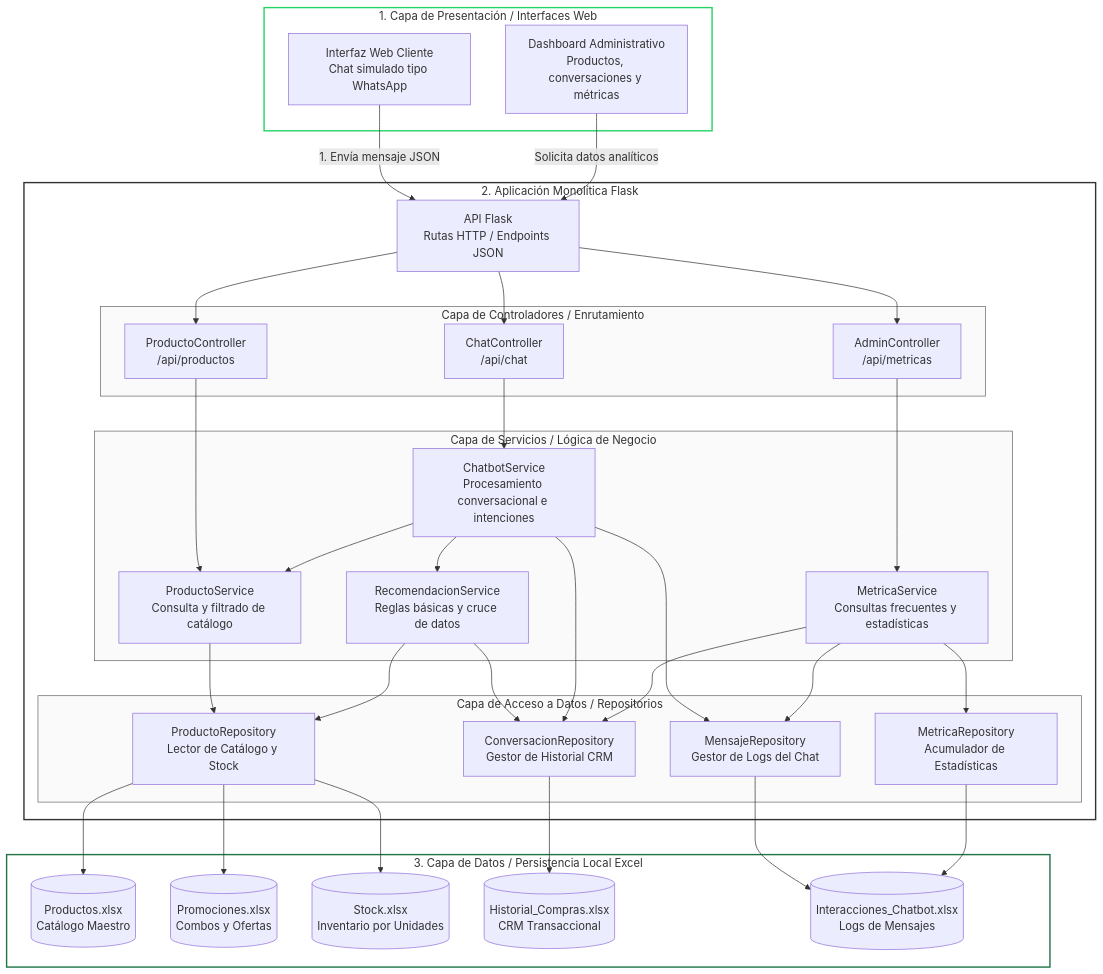
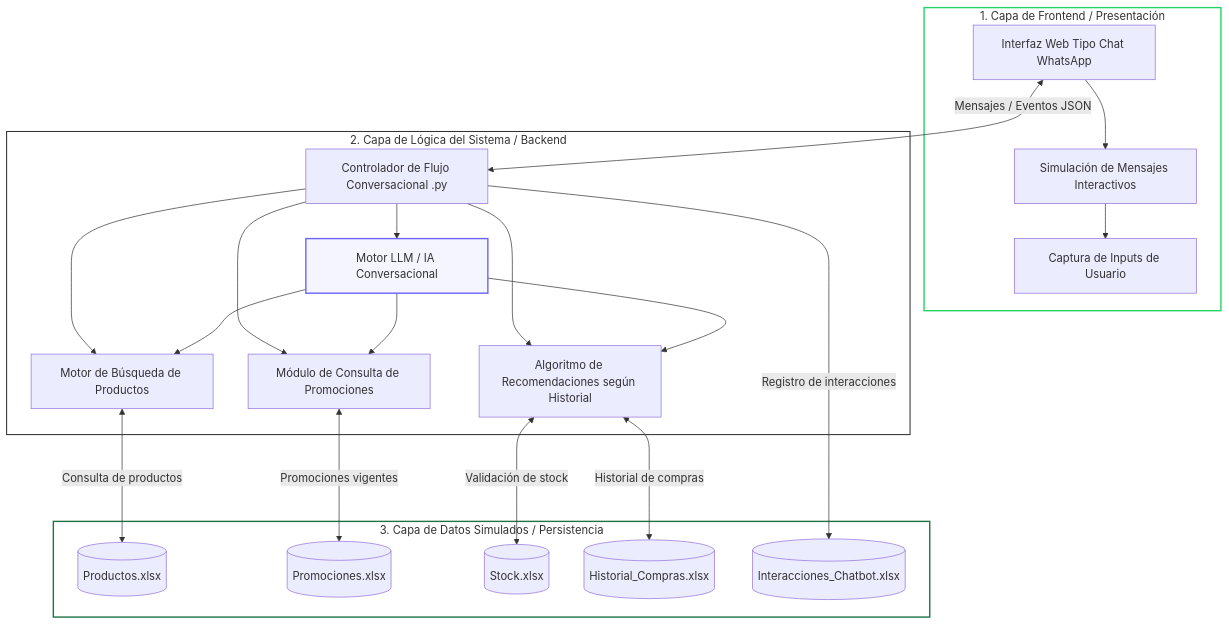
Before and after one commit to JH-Compan/Tambo-IA-Shopping-Assistant: the first of 2 diagrams in docs/arquitectura/arquitectura-base.md, drawn with Mermaid. The commit also changed other lines of this file, not shown here.

````diff
--- a/docs/arquitectura/arquitectura-base.md
+++ b/docs/arquitectura/arquitectura-base.md
@@ -108,98 +108,46 @@
 ```mermaid
 graph TD
-    %% ==========================================
-    %% CAPA DE PRESENTACIÓN
-    %% ==========================================
-    subgraph Frontend [1. Capa de Presentación / Interfaces Web]
-        A[Interfaz Web Cliente<br/>Chat simulado tipo WhatsApp]
-        B[Dashboard Administrativo<br/>Productos, conversaciones y métricas]
+    subgraph Capa_Presentacion [1. Capa de Frontend / Presentación]
+        A[Interfaz Web Tipo Chat WhatsApp] --> B[Simulación de Mensajes Interactivos]
+        B --> C[Captura de Inputs de Usuario]
     end
 
-    %% ==========================================
-    %% BACKEND MONOLÍTICO FLASK
-    %% ==========================================
-    subgraph Backend [2. Aplicación Monolítica Flask]
-        C[API Flask<br/>Rutas HTTP / Endpoints JSON]
+    subgraph Capa_Logica [2. Capa de Lógica del Sistema / Backend]
+        D[Controlador de Flujo Conversacional .py]
 
-        subgraph Controladores [Capa de Controladores / Enrutamiento]
-            D[ChatController<br/>/api/chat]
-            E[AdminController<br/>/api/metricas]
-            F[ProductoController<br/>/api/productos]
-        end
+        D --> E[Motor de Búsqueda de Productos]
+        D --> F[Módulo de Consulta de Promociones]
+        D --> G[Algoritmo de Recomendaciones según Historial]
 
-        subgraph Servicios [Capa de Servicios / Lógica de Negocio]
-            G[ChatbotService<br/>Procesamiento conversacional e intenciones]
-            H[ProductoService<br/>Consulta y filtrado de catálogo]
-            I[RecomendacionService<br/>Reglas básicas y cruce de datos]
-            J[MetricaService<br/>Consultas frecuentes y estadísticas]
-        end
+        D --> M[Motor LLM / IA Conversacional]
 
-        subgraph Repositorios [Capa de Acceso a Datos / Repositorios]
-            K[ProductoRepository<br/>Lector de Catálogo y Stock]
-            L[ConversacionRepository<br/>Gestor de Historial CRM]
-            M[MensajeRepository<br/>Gestor de Logs del Chat]
-            N[MetricaRepository<br/>Acumulador de Estadísticas]
-        end
+        M --> G
+        M --> E
+        M --> F
     end
 
-    %% ==========================================
-    %% CAPA DE PERSISTENCIA
-    %% ==========================================
-    subgraph Persistencia [3. Capa de Datos / Persistencia Local Excel]
-        O[(Productos.xlsx<br/>Catálogo Maestro)]
-        P[(Promociones.xlsx<br/>Combos y Ofertas)]
-        Q[(Stock.xlsx<br/>Inventario por Unidades)]
-        R[(Historial_Compras.xlsx<br/>CRM Transaccional)]
-        S[(Interacciones_Chatbot.xlsx<br/>Logs de Mensajes)]
+    subgraph Capa_Datos [3. Capa de Datos Simulados / Persistencia]
+        H[(Productos.xlsx)]
+        I[(Promociones.xlsx)]
+        J[(Stock.xlsx)]
+        K[(Historial_Compras.xlsx)]
+        L[(Interacciones_Chatbot.xlsx)]
     end
 
-    %% ==========================================
-    %% FLUJOS DE COMUNICACIÓN Y DEPENDENCIAS
-    %% ==========================================
+    %% Conexiones
+    A <-->|Mensajes / Eventos JSON| D
 
-    %% Del Frontend a la API
-    A -->|1. Envía mensaje JSON| C
-    B -->|Solicita datos analíticos| C
+    E <--->|Consulta de productos| H
+    F <--->|Promociones vigentes| I
+    G <--->|Historial de compras| K
+    G <--->|Validación de stock| J
 
-    %% De la API a los Controladores
-    C --> D
-    C --> E
-    C --> F
+    D --->|Registro de interacciones| L
 
-    %% De los Controladores a los Servicios
-    D --> G
-    E --> J
-    F --> H
+    %% Estilos
+    style Capa_Presentacion fill:#ffffff,stroke:#25D366,stroke-width:2px
+    style Capa_Logica fill:#ffffff,stroke:#333333,stroke-width:1.5px
+    style Capa_Datos fill:#ffffff,stroke:#217346,stroke-width:2px
 
-    %% Relaciones internas entre Servicios
-    G --> H
-    G --> I
-
-    %% Servicios a Repositorios
-    H --> K
-    I --> K
-    I --> L
-    G --> L
-    G --> M
-    J --> L
-    J --> M
-    J --> N
-
-    %% Repositorios a Excel
-    K --> O
-    K --> P
-    K --> Q
-    L --> R
-    M --> S
-    N --> S
-
-    %% ==========================================
-    %% ESTILOS VISUALES
-    %% ==========================================
-    style Frontend fill:#ffffff,stroke:#25D366,stroke-width:2px
-    style Backend fill:#ffffff,stroke:#333333,stroke-width:2px
-    style Controladores fill:#fafafa,stroke:#666666,stroke-width:1px
-    style Servicios fill:#fafafa,stroke:#666666,stroke-width:1px
-    style Repositorios fill:#fafafa,stroke:#666666,stroke-width:1px
-    style Persistencia fill:#ffffff,stroke:#217346,stroke-width:2px
+    style M fill:#f5f5ff,stroke:#6C63FF,stroke-width:2px
 ```
````
